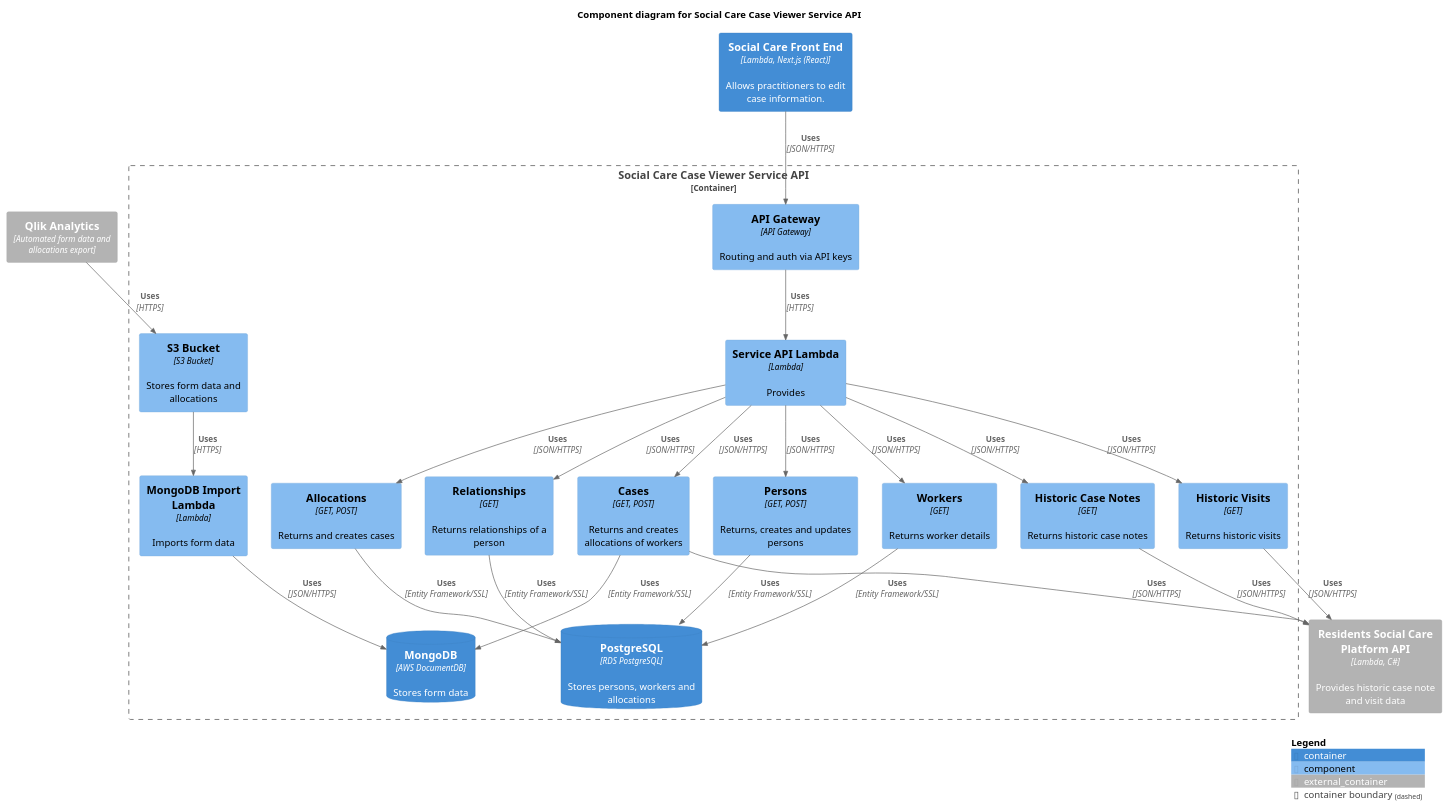
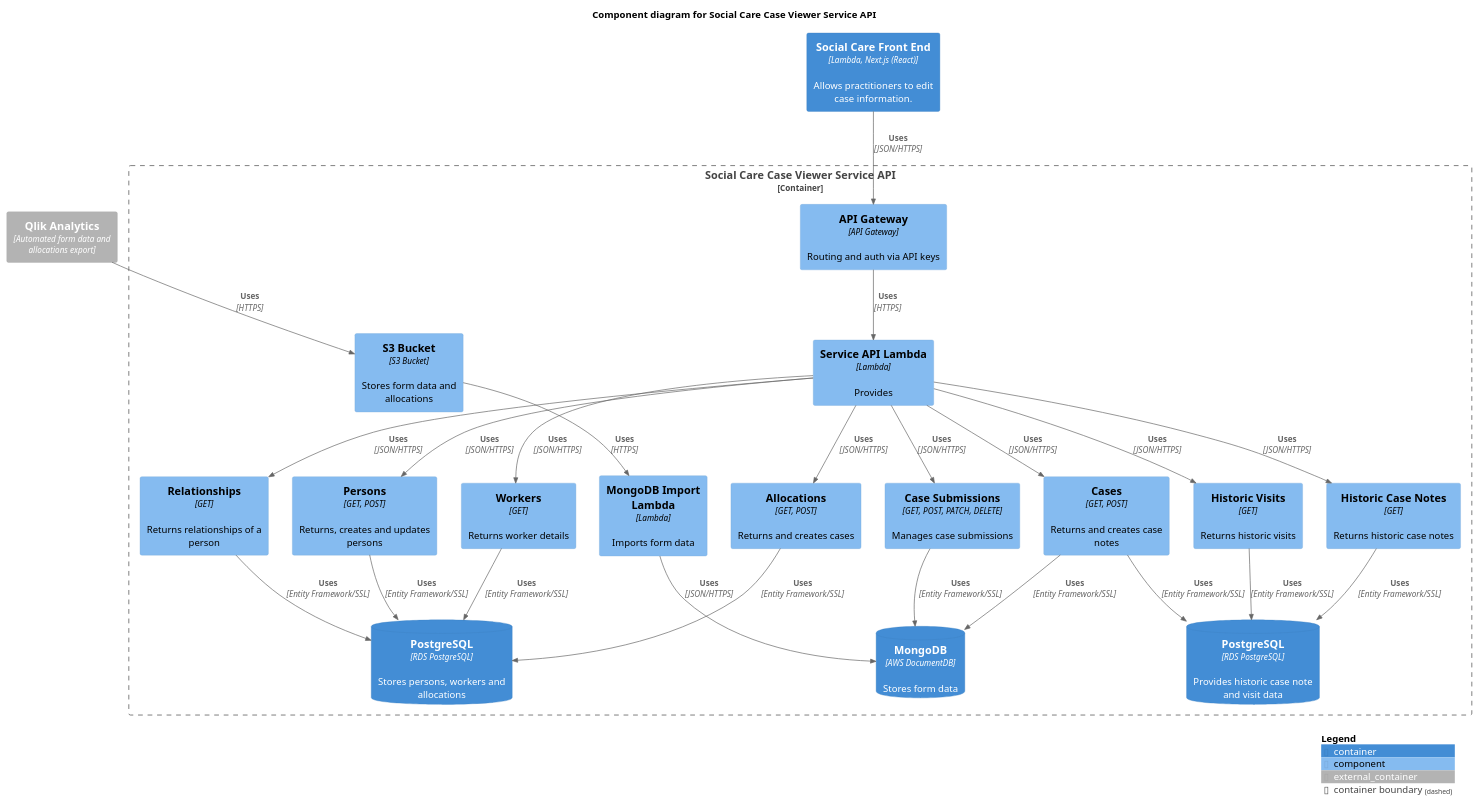
Before and after one commit to LBHackney-IT/social-care-case-viewer-api: the diagram in docs/component-diagram.iuml, drawn with PlantUML. The commit also changed 1 other file, not shown here.

Commit message:
update component diagram

```diff
--- a/docs/component-diagram.iuml
+++ b/docs/component-diagram.iuml
@@ -1,66 +1,70 @@
 @startuml
 !include https://raw.githubusercontent.com/plantuml-stdlib/C4-PlantUML/master/C4_Component.puml
 ' uncomment the following line and comment the first to use locally
 ' !include C4_Component.puml
 
 ' Colours don't work for some reason
 ' !include https://raw.githubusercontent.com/LBHackney-IT/cv-19-res-support-v3/development/docs/diagrams/c4_shared.puml
 
 'LAYOUT_AS_SKETCH()
 
 title Component diagram for Social Care Case Viewer Service API
 
 Container_Ext(qlik, "Qlik Analytics", "Automated form data and allocations export")
 Container(social_care_front_end, "Social Care Front End", "Lambda, Next.js (React)", "Allows practitioners to edit case information.")
-Container_Ext(resident_social_care_platform_api, "Residents Social Care Platform API",  "Lambda, C#", "Provides historic case note and visit data")
 
 Container_Boundary(api, "Social Care Case Viewer Service API") {
     Component(api_gateway, "API Gateway", "API Gateway", "Routing and auth via API keys")
     Component(api_lambda, "Service API Lambda", "Lambda", "Provides ")
     Component(mongodb_import_lambda, "MongoDB Import Lambda", "Lambda", "Imports form data")
     Component(s3_bucket, "S3 Bucket", "S3 Bucket", "Stores form data and allocations")
 
     Component(persons, "Persons", "GET, POST", "Returns, creates and updates persons")
     Component(workers, "Workers", "GET", "Returns worker details")
     Component(allocations, "Allocations", "GET, POST", "Returns and creates cases")
-    Component(cases, "Cases", "GET, POST", "Returns and creates allocations of workers")
+    Component(cases, "Cases", "GET, POST", "Returns and creates case notes")
     Component(relationships, "Relationships", "GET", "Returns relationships of a person")
     Component(historic_case_notes, "Historic Case Notes", "GET", "Returns historic case notes")
     Component(historic_visits, "Historic Visits", "GET", "Returns historic visits")
+    Component(submissions, "Case Submissions", "GET, POST, PATCH, DELETE", "Manages case submissions")
 
     ContainerDb(postgres, "PostgreSQL", "RDS PostgreSQL", "Stores persons, workers and allocations")
     ContainerDb(mongodb, "MongoDB", "AWS DocumentDB", "Stores form data")
-
+    ContainerDb(historical_data_postgres, "PostgreSQL", "RDS PostgreSQL", "Provides historic case note and visit data")
+    
     Rel(api_gateway, api_lambda, "Uses", "HTTPS")
     Rel(qlik, s3_bucket, "Uses", "HTTPS")
 
     Rel(s3_bucket, mongodb_import_lambda, "Uses", "HTTPS")
     Rel(mongodb_import_lambda, mongodb, "Uses", "JSON/HTTPS")
 
     Rel(social_care_front_end, api_gateway, "Uses", "JSON/HTTPS")
 
     Rel(api_lambda, persons, "Uses", "JSON/HTTPS")
     Rel(persons, postgres, "Uses", "Entity Framework/SSL")
 
     Rel(api_lambda, workers, "Uses", "JSON/HTTPS")
     Rel(workers, postgres, "Uses", "Entity Framework/SSL")
 
     Rel(api_lambda, allocations, "Uses", "JSON/HTTPS")
     Rel(allocations, postgres, "Uses", "Entity Framework/SSL")
 
+    Rel(api_lambda, submissions, "Uses", "JSON/HTTPS")
+    Rel(submissions, mongodb, "Uses", "Entity Framework/SSL")
+
     Rel(api_lambda, cases, "Uses", "JSON/HTTPS")
     Rel(cases, mongodb, "Uses", "Entity Framework/SSL")
-    Rel(cases, resident_social_care_platform_api, "Uses", "JSON/HTTPS")
+    Rel(cases, historical_data_postgres, "Uses", "Entity Framework/SSL")
 
     Rel(api_lambda, relationships, "Uses", "JSON/HTTPS")
     Rel(relationships, postgres, "Uses", "Entity Framework/SSL")
 
     Rel(api_lambda, historic_case_notes, "Uses", "JSON/HTTPS")
-    Rel(historic_case_notes, resident_social_care_platform_api, "Uses", "JSON/HTTPS")
+    Rel(historic_case_notes, historical_data_postgres, "Uses", "Entity Framework/SSL")
 
     Rel(api_lambda, historic_visits, "Uses", "JSON/HTTPS")
-    Rel(historic_visits, resident_social_care_platform_api, "Uses", "JSON/HTTPS")
+    Rel(historic_visits, historical_data_postgres, "Uses", "Entity Framework/SSL")
 }
 
 SHOW_DYNAMIC_LEGEND()
 @enduml
```
